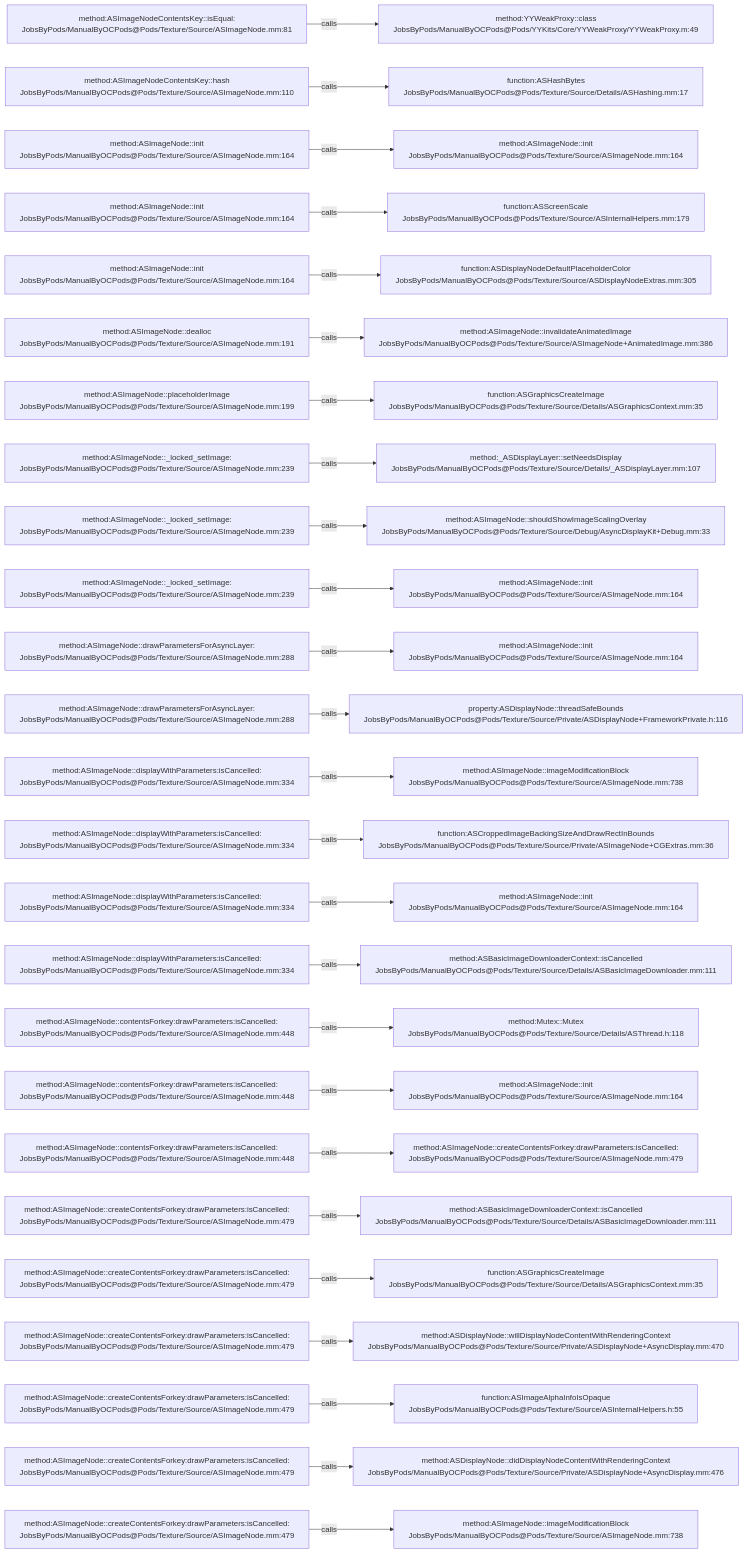
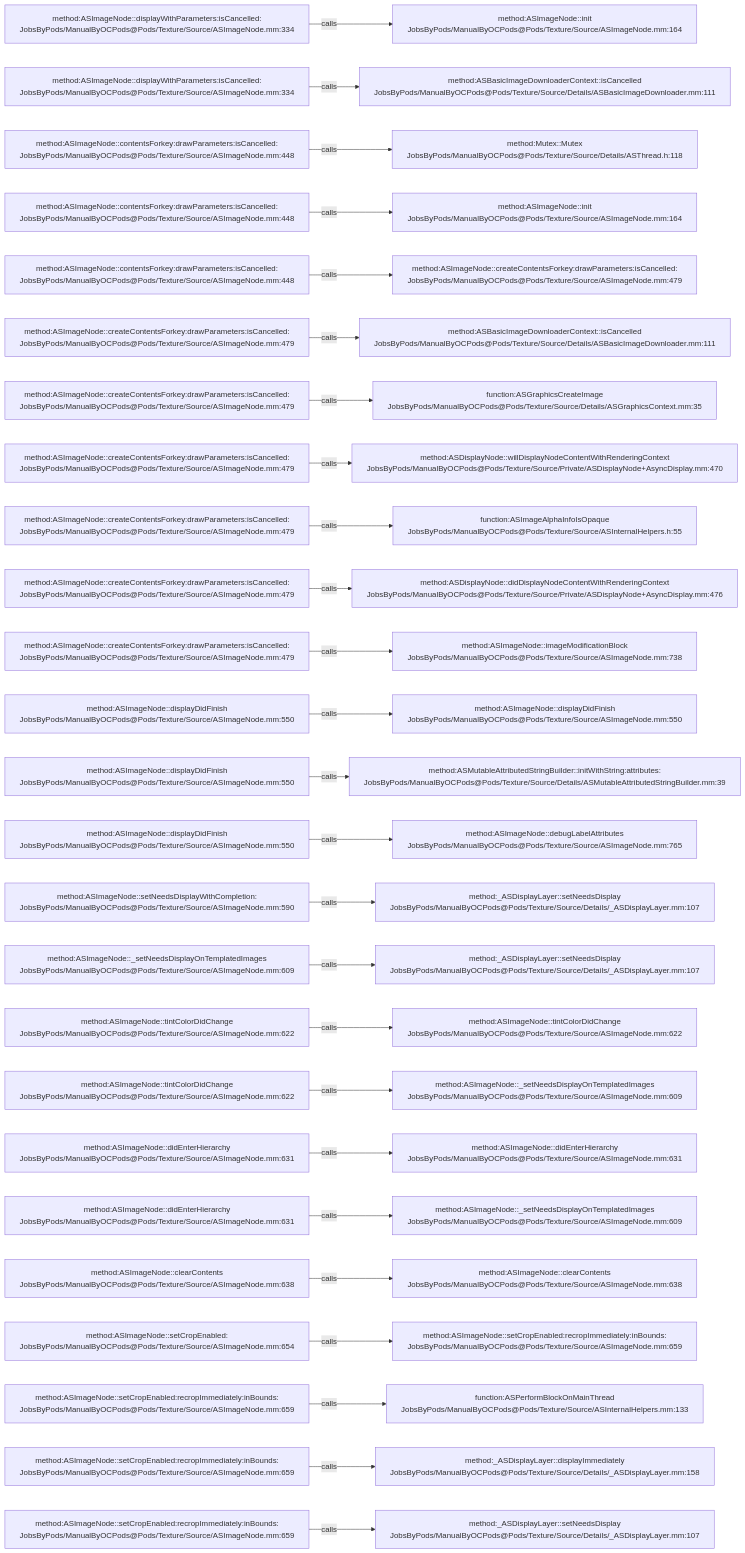
Before and after one commit to JobsKits/JobsOCBaseConfigDemo: the diagram in .codegraph/codegraph.md/graphs/calls-111.md, drawn with Mermaid. The commit also changed 296 other files, not shown here.

````diff
--- a/.codegraph/codegraph.md/graphs/calls-111.md
+++ b/.codegraph/codegraph.md/graphs/calls-111.md
@@ -13,78 +13,78 @@
 ```mermaid
 flowchart LR
-  S1["method:ASImageNodeContentsKey::isEqual:<br/>JobsByPods/ManualByOCPods@Pods/Texture/Source/ASImageNode.mm:81"]
-  T1["method:YYWeakProxy::class<br/>JobsByPods/ManualByOCPods@Pods/YYKits/Core/YYWeakProxy/YYWeakProxy.m:49"]
+  S1["method:ASImageNode::displayWithParameters:isCancelled:<br/>JobsByPods/ManualByOCPods@Pods/Texture/Source/ASImageNode.mm:334"]
+  T1["method:ASImageNode::init<br/>JobsByPods/ManualByOCPods@Pods/Texture/Source/ASImageNode.mm:164"]
   S1 -->|calls| T1
-  S2["method:ASImageNodeContentsKey::hash<br/>JobsByPods/ManualByOCPods@Pods/Texture/Source/ASImageNode.mm:110"]
-  T2["function:ASHashBytes<br/>JobsByPods/ManualByOCPods@Pods/Texture/Source/Details/ASHashing.mm:17"]
+  S2["method:ASImageNode::displayWithParameters:isCancelled:<br/>JobsByPods/ManualByOCPods@Pods/Texture/Source/ASImageNode.mm:334"]
+  T2["method:ASBasicImageDownloaderContext::isCancelled<br/>JobsByPods/ManualByOCPods@Pods/Texture/Source/Details/ASBasicImageDownloader.mm:111"]
   S2 -->|calls| T2
-  S3["method:ASImageNode::init<br/>JobsByPods/ManualByOCPods@Pods/Texture/Source/ASImageNode.mm:164"]
-  T3["method:ASImageNode::init<br/>JobsByPods/ManualByOCPods@Pods/Texture/Source/ASImageNode.mm:164"]
+  S3["method:ASImageNode::contentsForkey:drawParameters:isCancelled:<br/>JobsByPods/ManualByOCPods@Pods/Texture/Source/ASImageNode.mm:448"]
+  T3["method:Mutex::Mutex<br/>JobsByPods/ManualByOCPods@Pods/Texture/Source/Details/ASThread.h:118"]
   S3 -->|calls| T3
-  S4["method:ASImageNode::init<br/>JobsByPods/ManualByOCPods@Pods/Texture/Source/ASImageNode.mm:164"]
-  T4["function:ASScreenScale<br/>JobsByPods/ManualByOCPods@Pods/Texture/Source/ASInternalHelpers.mm:179"]
+  S4["method:ASImageNode::contentsForkey:drawParameters:isCancelled:<br/>JobsByPods/ManualByOCPods@Pods/Texture/Source/ASImageNode.mm:448"]
+  T4["method:ASImageNode::init<br/>JobsByPods/ManualByOCPods@Pods/Texture/Source/ASImageNode.mm:164"]
   S4 -->|calls| T4
-  S5["method:ASImageNode::init<br/>JobsByPods/ManualByOCPods@Pods/Texture/Source/ASImageNode.mm:164"]
-  T5["function:ASDisplayNodeDefaultPlaceholderColor<br/>JobsByPods/ManualByOCPods@Pods/Texture/Source/ASDisplayNodeExtras.mm:305"]
+  S5["method:ASImageNode::contentsForkey:drawParameters:isCancelled:<br/>JobsByPods/ManualByOCPods@Pods/Texture/Source/ASImageNode.mm:448"]
+  T5["method:ASImageNode::createContentsForkey:drawParameters:isCancelled:<br/>JobsByPods/ManualByOCPods@Pods/Texture/Source/ASImageNode.mm:479"]
   S5 -->|calls| T5
-  S6["method:ASImageNode::dealloc<br/>JobsByPods/ManualByOCPods@Pods/Texture/Source/ASImageNode.mm:191"]
-  T6["method:ASImageNode::invalidateAnimatedImage<br/>JobsByPods/ManualByOCPods@Pods/Texture/Source/ASImageNode+AnimatedImage.mm:386"]
+  S6["method:ASImageNode::createContentsForkey:drawParameters:isCancelled:<br/>JobsByPods/ManualByOCPods@Pods/Texture/Source/ASImageNode.mm:479"]
+  T6["method:ASBasicImageDownloaderContext::isCancelled<br/>JobsByPods/ManualByOCPods@Pods/Texture/Source/Details/ASBasicImageDownloader.mm:111"]
   S6 -->|calls| T6
-  S7["method:ASImageNode::placeholderImage<br/>JobsByPods/ManualByOCPods@Pods/Texture/Source/ASImageNode.mm:199"]
+  S7["method:ASImageNode::createContentsForkey:drawParameters:isCancelled:<br/>JobsByPods/ManualByOCPods@Pods/Texture/Source/ASImageNode.mm:479"]
   T7["function:ASGraphicsCreateImage<br/>JobsByPods/ManualByOCPods@Pods/Texture/Source/Details/ASGraphicsContext.mm:35"]
   S7 -->|calls| T7
-  S8["method:ASImageNode::_locked_setImage:<br/>JobsByPods/ManualByOCPods@Pods/Texture/Source/ASImageNode.mm:239"]
-  T8["method:_ASDisplayLayer::setNeedsDisplay<br/>JobsByPods/ManualByOCPods@Pods/Texture/Source/Details/_ASDisplayLayer.mm:107"]
+  S8["method:ASImageNode::createContentsForkey:drawParameters:isCancelled:<br/>JobsByPods/ManualByOCPods@Pods/Texture/Source/ASImageNode.mm:479"]
+  T8["method:ASDisplayNode::willDisplayNodeContentWithRenderingContext<br/>JobsByPods/ManualByOCPods@Pods/Texture/Source/Private/ASDisplayNode+AsyncDisplay.mm:470"]
   S8 -->|calls| T8
-  S9["method:ASImageNode::_locked_setImage:<br/>JobsByPods/ManualByOCPods@Pods/Texture/Source/ASImageNode.mm:239"]
-  T9["method:ASImageNode::shouldShowImageScalingOverlay<br/>JobsByPods/ManualByOCPods@Pods/Texture/Source/Debug/AsyncDisplayKit+Debug.mm:33"]
+  S9["method:ASImageNode::createContentsForkey:drawParameters:isCancelled:<br/>JobsByPods/ManualByOCPods@Pods/Texture/Source/ASImageNode.mm:479"]
+  T9["function:ASImageAlphaInfoIsOpaque<br/>JobsByPods/ManualByOCPods@Pods/Texture/Source/ASInternalHelpers.h:55"]
   S9 -->|calls| T9
-  S10["method:ASImageNode::_locked_setImage:<br/>JobsByPods/ManualByOCPods@Pods/Texture/Source/ASImageNode.mm:239"]
-  T10["method:ASImageNode::init<br/>JobsByPods/ManualByOCPods@Pods/Texture/Source/ASImageNode.mm:164"]
+  S10["method:ASImageNode::createContentsForkey:drawParameters:isCancelled:<br/>JobsByPods/ManualByOCPods@Pods/Texture/Source/ASImageNode.mm:479"]
+  T10["method:ASDisplayNode::didDisplayNodeContentWithRenderingContext<br/>JobsByPods/ManualByOCPods@Pods/Texture/Source/Private/ASDisplayNode+AsyncDisplay.mm:476"]
   S10 -->|calls| T10
-  S11["method:ASImageNode::drawParametersForAsyncLayer:<br/>JobsByPods/ManualByOCPods@Pods/Texture/Source/ASImageNode.mm:288"]
-  T11["method:ASImageNode::init<br/>JobsByPods/ManualByOCPods@Pods/Texture/Source/ASImageNode.mm:164"]
+  S11["method:ASImageNode::createContentsForkey:drawParameters:isCancelled:<br/>JobsByPods/ManualByOCPods@Pods/Texture/Source/ASImageNode.mm:479"]
+  T11["method:ASImageNode::imageModificationBlock<br/>JobsByPods/ManualByOCPods@Pods/Texture/Source/ASImageNode.mm:738"]
   S11 -->|calls| T11
-  S12["method:ASImageNode::drawParametersForAsyncLayer:<br/>JobsByPods/ManualByOCPods@Pods/Texture/Source/ASImageNode.mm:288"]
-  T12["property:ASDisplayNode::threadSafeBounds<br/>JobsByPods/ManualByOCPods@Pods/Texture/Source/Private/ASDisplayNode+FrameworkPrivate.h:116"]
+  S12["method:ASImageNode::displayDidFinish<br/>JobsByPods/ManualByOCPods@Pods/Texture/Source/ASImageNode.mm:550"]
+  T12["method:ASImageNode::displayDidFinish<br/>JobsByPods/ManualByOCPods@Pods/Texture/Source/ASImageNode.mm:550"]
   S12 -->|calls| T12
-  S13["method:ASImageNode::displayWithParameters:isCancelled:<br/>JobsByPods/ManualByOCPods@Pods/Texture/Source/ASImageNode.mm:334"]
-  T13["method:ASImageNode::imageModificationBlock<br/>JobsByPods/ManualByOCPods@Pods/Texture/Source/ASImageNode.mm:738"]
+  S13["method:ASImageNode::displayDidFinish<br/>JobsByPods/ManualByOCPods@Pods/Texture/Source/ASImageNode.mm:550"]
+  T13["method:ASMutableAttributedStringBuilder::initWithString:attributes:<br/>JobsByPods/ManualByOCPods@Pods/Texture/Source/Details/ASMutableAttributedStringBuilder.mm:39"]
   S13 -->|calls| T13
-  S14["method:ASImageNode::displayWithParameters:isCancelled:<br/>JobsByPods/ManualByOCPods@Pods/Texture/Source/ASImageNode.mm:334"]
-  T14["function:ASCroppedImageBackingSizeAndDrawRectInBounds<br/>JobsByPods/ManualByOCPods@Pods/Texture/Source/Private/ASImageNode+CGExtras.mm:36"]
+  S14["method:ASImageNode::displayDidFinish<br/>JobsByPods/ManualByOCPods@Pods/Texture/Source/ASImageNode.mm:550"]
+  T14["method:ASImageNode::debugLabelAttributes<br/>JobsByPods/ManualByOCPods@Pods/Texture/Source/ASImageNode.mm:765"]
   S14 -->|calls| T14
-  S15["method:ASImageNode::displayWithParameters:isCancelled:<br/>JobsByPods/ManualByOCPods@Pods/Texture/Source/ASImageNode.mm:334"]
-  T15["method:ASImageNode::init<br/>JobsByPods/ManualByOCPods@Pods/Texture/Source/ASImageNode.mm:164"]
+  S15["method:ASImageNode::setNeedsDisplayWithCompletion:<br/>JobsByPods/ManualByOCPods@Pods/Texture/Source/ASImageNode.mm:590"]
+  T15["method:_ASDisplayLayer::setNeedsDisplay<br/>JobsByPods/ManualByOCPods@Pods/Texture/Source/Details/_ASDisplayLayer.mm:107"]
   S15 -->|calls| T15
-  S16["method:ASImageNode::displayWithParameters:isCancelled:<br/>JobsByPods/ManualByOCPods@Pods/Texture/Source/ASImageNode.mm:334"]
-  T16["method:ASBasicImageDownloaderContext::isCancelled<br/>JobsByPods/ManualByOCPods@Pods/Texture/Source/Details/ASBasicImageDownloader.mm:111"]
+  S16["method:ASImageNode::_setNeedsDisplayOnTemplatedImages<br/>JobsByPods/ManualByOCPods@Pods/Texture/Source/ASImageNode.mm:609"]
+  T16["method:_ASDisplayLayer::setNeedsDisplay<br/>JobsByPods/ManualByOCPods@Pods/Texture/Source/Details/_ASDisplayLayer.mm:107"]
   S16 -->|calls| T16
-  S17["method:ASImageNode::contentsForkey:drawParameters:isCancelled:<br/>JobsByPods/ManualByOCPods@Pods/Texture/Source/ASImageNode.mm:448"]
-  T17["method:Mutex::Mutex<br/>JobsByPods/ManualByOCPods@Pods/Texture/Source/Details/ASThread.h:118"]
+  S17["method:ASImageNode::tintColorDidChange<br/>JobsByPods/ManualByOCPods@Pods/Texture/Source/ASImageNode.mm:622"]
+  T17["method:ASImageNode::tintColorDidChange<br/>JobsByPods/ManualByOCPods@Pods/Texture/Source/ASImageNode.mm:622"]
   S17 -->|calls| T17
-  S18["method:ASImageNode::contentsForkey:drawParameters:isCancelled:<br/>JobsByPods/ManualByOCPods@Pods/Texture/Source/ASImageNode.mm:448"]
-  T18["method:ASImageNode::init<br/>JobsByPods/ManualByOCPods@Pods/Texture/Source/ASImageNode.mm:164"]
+  S18["method:ASImageNode::tintColorDidChange<br/>JobsByPods/ManualByOCPods@Pods/Texture/Source/ASImageNode.mm:622"]
+  T18["method:ASImageNode::_setNeedsDisplayOnTemplatedImages<br/>JobsByPods/ManualByOCPods@Pods/Texture/Source/ASImageNode.mm:609"]
   S18 -->|calls| T18
-  S19["method:ASImageNode::contentsForkey:drawParameters:isCancelled:<br/>JobsByPods/ManualByOCPods@Pods/Texture/Source/ASImageNode.mm:448"]
-  T19["method:ASImageNode::createContentsForkey:drawParameters:isCancelled:<br/>JobsByPods/ManualByOCPods@Pods/Texture/Source/ASImageNode.mm:479"]
+  S19["method:ASImageNode::didEnterHierarchy<br/>JobsByPods/ManualByOCPods@Pods/Texture/Source/ASImageNode.mm:631"]
+  T19["method:ASImageNode::didEnterHierarchy<br/>JobsByPods/ManualByOCPods@Pods/Texture/Source/ASImageNode.mm:631"]
   S19 -->|calls| T19
-  S20["method:ASImageNode::createContentsForkey:drawParameters:isCancelled:<br/>JobsByPods/ManualByOCPods@Pods/Texture/Source/ASImageNode.mm:479"]
-  T20["method:ASBasicImageDownloaderContext::isCancelled<br/>JobsByPods/ManualByOCPods@Pods/Texture/Source/Details/ASBasicImageDownloader.mm:111"]
+  S20["method:ASImageNode::didEnterHierarchy<br/>JobsByPods/ManualByOCPods@Pods/Texture/Source/ASImageNode.mm:631"]
+  T20["method:ASImageNode::_setNeedsDisplayOnTemplatedImages<br/>JobsByPods/ManualByOCPods@Pods/Texture/Source/ASImageNode.mm:609"]
   S20 -->|calls| T20
-  S21["method:ASImageNode::createContentsForkey:drawParameters:isCancelled:<br/>JobsByPods/ManualByOCPods@Pods/Texture/Source/ASImageNode.mm:479"]
-  T21["function:ASGraphicsCreateImage<br/>JobsByPods/ManualByOCPods@Pods/Texture/Source/Details/ASGraphicsContext.mm:35"]
+  S21["method:ASImageNode::clearContents<br/>JobsByPods/ManualByOCPods@Pods/Texture/Source/ASImageNode.mm:638"]
+  T21["method:ASImageNode::clearContents<br/>JobsByPods/ManualByOCPods@Pods/Texture/Source/ASImageNode.mm:638"]
   S21 -->|calls| T21
-  S22["method:ASImageNode::createContentsForkey:drawParameters:isCancelled:<br/>JobsByPods/ManualByOCPods@Pods/Texture/Source/ASImageNode.mm:479"]
-  T22["method:ASDisplayNode::willDisplayNodeContentWithRenderingContext<br/>JobsByPods/ManualByOCPods@Pods/Texture/Source/Private/ASDisplayNode+AsyncDisplay.mm:470"]
+  S22["method:ASImageNode::setCropEnabled:<br/>JobsByPods/ManualByOCPods@Pods/Texture/Source/ASImageNode.mm:654"]
+  T22["method:ASImageNode::setCropEnabled:recropImmediately:inBounds:<br/>JobsByPods/ManualByOCPods@Pods/Texture/Source/ASImageNode.mm:659"]
   S22 -->|calls| T22
-  S23["method:ASImageNode::createContentsForkey:drawParameters:isCancelled:<br/>JobsByPods/ManualByOCPods@Pods/Texture/Source/ASImageNode.mm:479"]
-  T23["function:ASImageAlphaInfoIsOpaque<br/>JobsByPods/ManualByOCPods@Pods/Texture/Source/ASInternalHelpers.h:55"]
+  S23["method:ASImageNode::setCropEnabled:recropImmediately:inBounds:<br/>JobsByPods/ManualByOCPods@Pods/Texture/Source/ASImageNode.mm:659"]
+  T23["function:ASPerformBlockOnMainThread<br/>JobsByPods/ManualByOCPods@Pods/Texture/Source/ASInternalHelpers.mm:133"]
   S23 -->|calls| T23
-  S24["method:ASImageNode::createContentsForkey:drawParameters:isCancelled:<br/>JobsByPods/ManualByOCPods@Pods/Texture/Source/ASImageNode.mm:479"]
-  T24["method:ASDisplayNode::didDisplayNodeContentWithRenderingContext<br/>JobsByPods/ManualByOCPods@Pods/Texture/Source/Private/ASDisplayNode+AsyncDisplay.mm:476"]
+  S24["method:ASImageNode::setCropEnabled:recropImmediately:inBounds:<br/>JobsByPods/ManualByOCPods@Pods/Texture/Source/ASImageNode.mm:659"]
+  T24["method:_ASDisplayLayer::displayImmediately<br/>JobsByPods/ManualByOCPods@Pods/Texture/Source/Details/_ASDisplayLayer.mm:158"]
   S24 -->|calls| T24
-  S25["method:ASImageNode::createContentsForkey:drawParameters:isCancelled:<br/>JobsByPods/ManualByOCPods@Pods/Texture/Source/ASImageNode.mm:479"]
-  T25["method:ASImageNode::imageModificationBlock<br/>JobsByPods/ManualByOCPods@Pods/Texture/Source/ASImageNode.mm:738"]
+  S25["method:ASImageNode::setCropEnabled:recropImmediately:inBounds:<br/>JobsByPods/ManualByOCPods@Pods/Texture/Source/ASImageNode.mm:659"]
+  T25["method:_ASDisplayLayer::setNeedsDisplay<br/>JobsByPods/ManualByOCPods@Pods/Texture/Source/Details/_ASDisplayLayer.mm:107"]
   S25 -->|calls| T25
 ```
````
